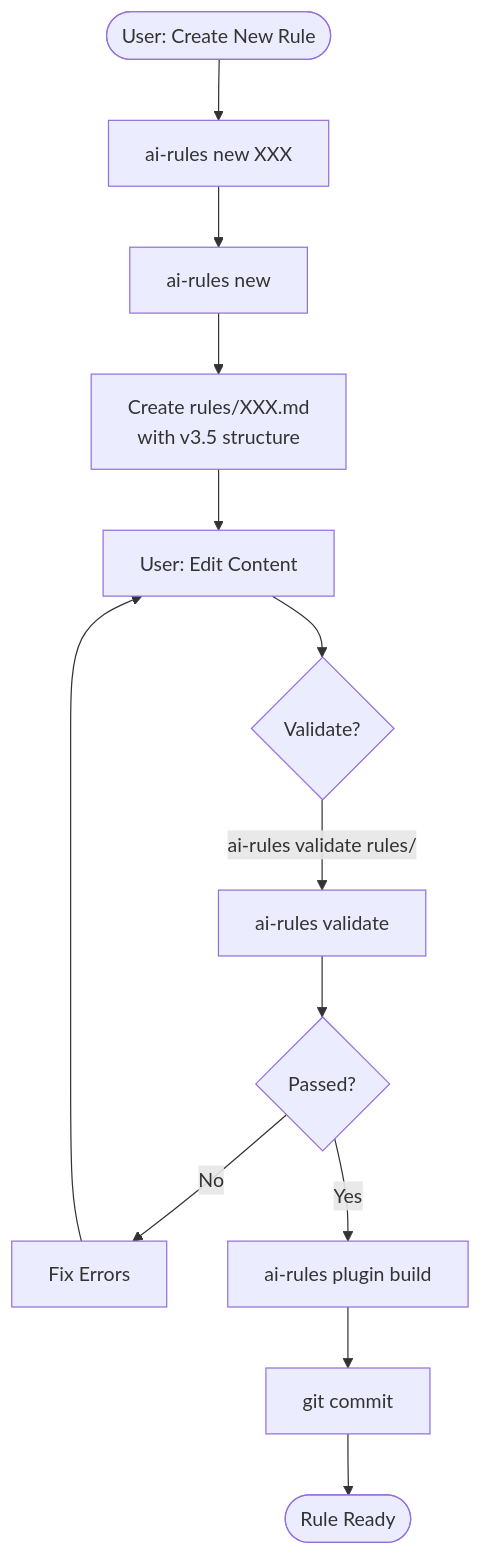
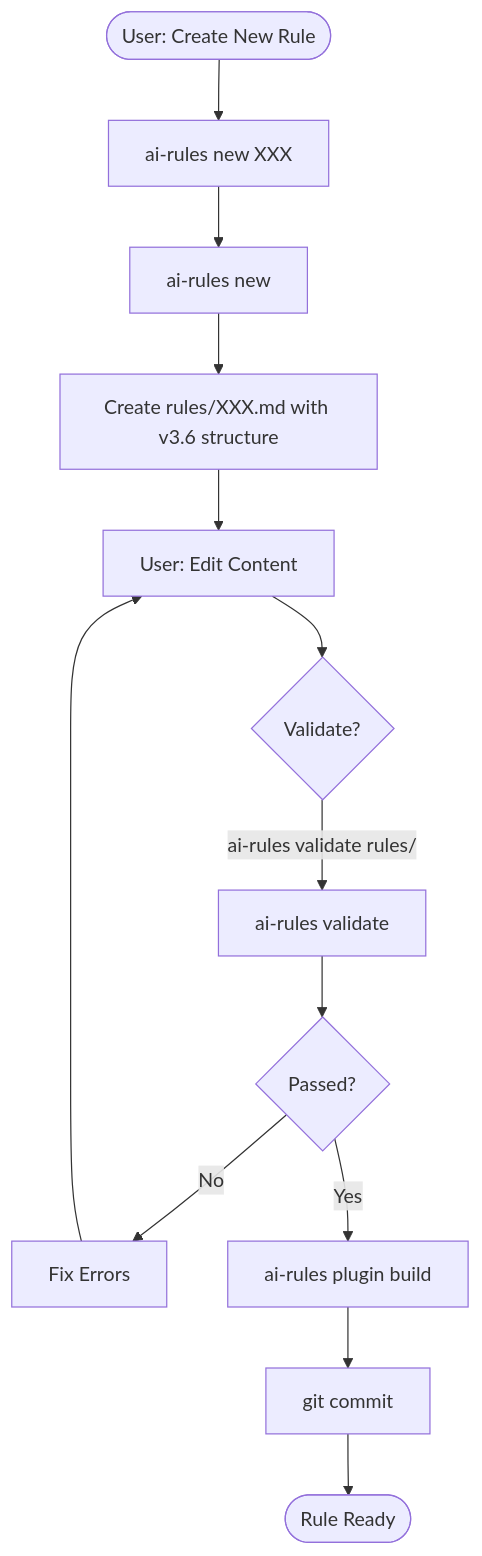
Before and after one commit to sfc-gh-myoung/ai_coding_rules: the first of 2 diagrams in docs/ARCHITECTURE.md, drawn with Mermaid. The commit also changed other lines of this file and 27 other files, not shown here.

First line of the commit message:
docs(release): prepare 3.9.0 plugin architecture release

````diff
--- a/docs/ARCHITECTURE.md
+++ b/docs/ARCHITECTURE.md
@@ -394,15 +395,15 @@
 ```mermaid
 flowchart TD
     Start([User: Create New Rule]) --> Generate
     Generate["ai-rules new XXX"] --> Template
-    Template[ai-rules new] --> Create[Create rules/XXX.md<br/>with v3.5 structure]
+    Template[ai-rules new] --> Create[Create rules/XXX.md with v3.6 structure]
     Create --> Edit[User: Edit Content]
     Edit --> Validate{Validate?}
     Validate -->|"ai-rules validate rules/"| SchemaVal[ai-rules validate]
     SchemaVal --> Pass{Passed?}
     Pass -->|No| Fix[Fix Errors]
     Fix --> Edit
     Pass -->|Yes| Build["ai-rules plugin build"]
     Build --> Commit[git commit]
     Commit --> End([Rule Ready])
 ```
````
